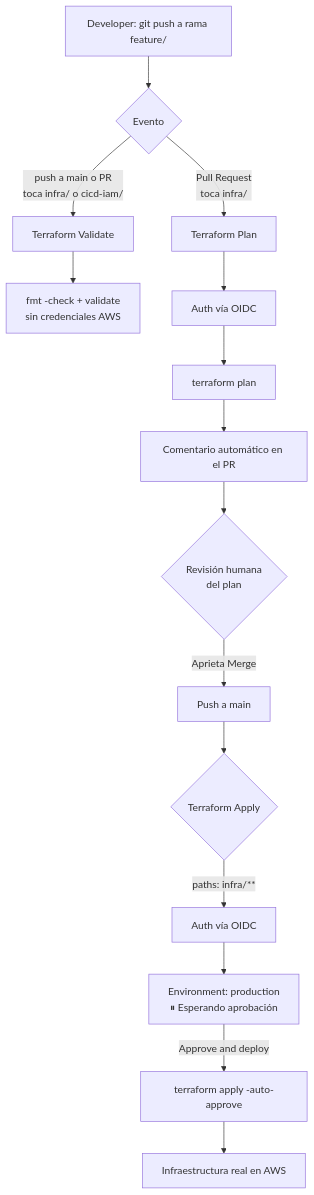
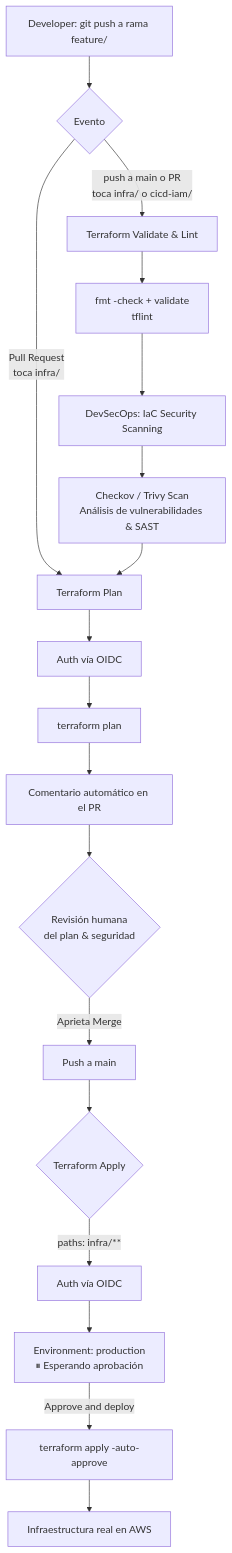
One commit to mamoros-dev/aws-3-tier-terraform changed the diagram in README.md. Above: the diagram before and after it, drawn with Mermaid. The commit also changed other lines of this file, not shown here.

````diff
--- a/README.md
+++ b/README.md
@@ -33,17 +33,22 @@
 ```mermaid
 flowchart TD
     A[Developer: git push a rama feature/] --> B{Evento}
-    B -->|push a main o PR<br/>toca infra/ o cicd-iam/| C[Terraform Validate]
+    B -->|push a main o PR<br/>toca infra/ o cicd-iam/| C[Terraform Validate & Lint]
+    C --> C1[fmt -check + validate<br/>tflint]
+    C1 --> S[DevSecOps: IaC Security Scanning]
+    S --> S1[Checkov / Trivy Scan<br/>Análisis de vulnerabilidades & SAST]
+    
     B -->|Pull Request<br/>toca infra/| D[Terraform Plan]
-    C --> C1[fmt -check + validate<br/>sin credenciales AWS]
+    S1 --> D
     D --> D1[Auth vía OIDC]
     D1 --> D2[terraform plan]
     D2 --> D3[Comentario automático en el PR]
-    D3 --> E{Revisión humana<br/>del plan}
+    D3 --> E{Revisión humana<br/>del plan & seguridad}
+    
     E -->|Aprieta Merge| F[Push a main]
     F --> G{Terraform Apply}
     G -->|paths: infra/**| H[Auth vía OIDC]
     H --> I[Environment: production<br/>⏸ Esperando aprobación]
     I -->|Approve and deploy| J[terraform apply -auto-approve]
     J --> K[Infraestructura real en AWS]
 ```
````
